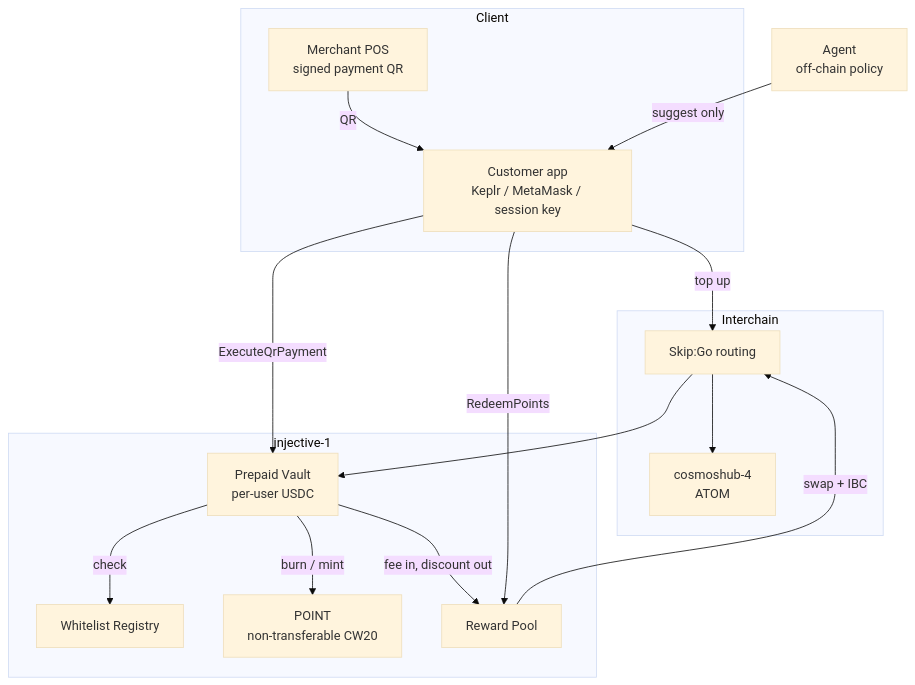
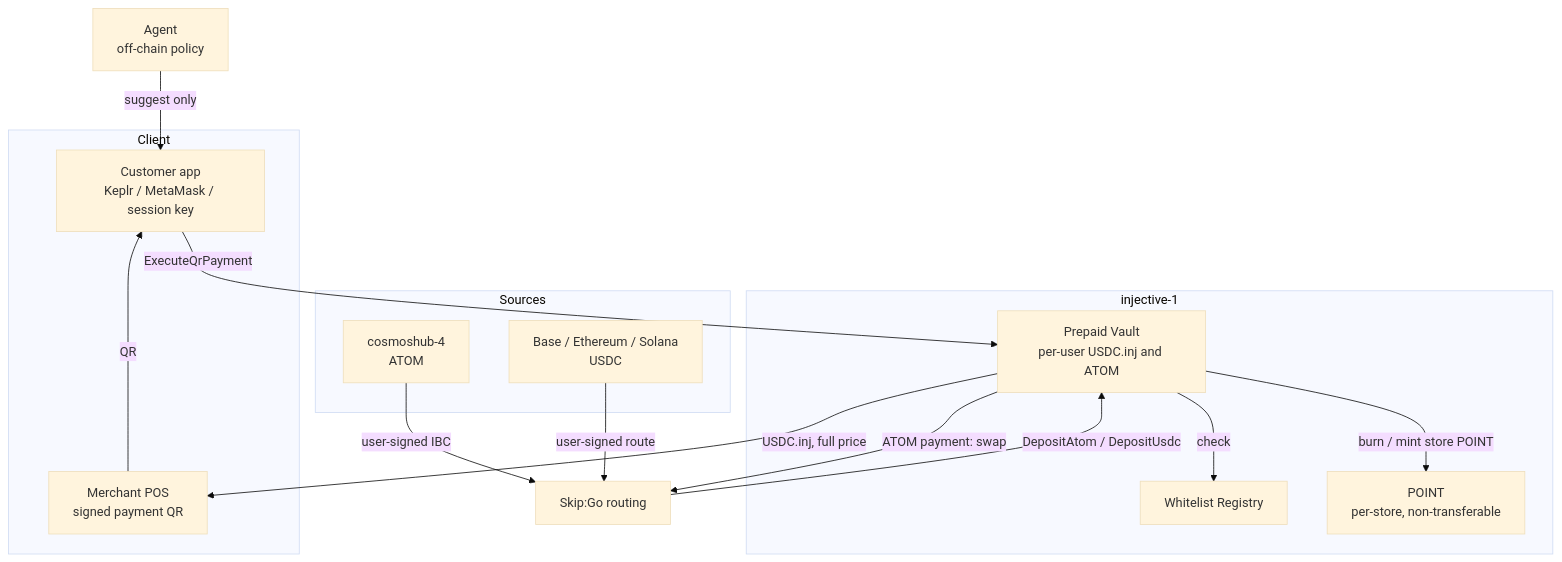
The diagram in README.md (heejekim12/agentic-qr-payment), drawn with Mermaid (base theme) before and after one commit. The commit also changed other lines of this file and 12 other files, not shown here.

Commit message:
pay with USDC.inj or ATOM via Skip:Go swap, store-only discount points with ATOM bonus, free tier for small merchants

````diff
--- a/README.md
+++ b/README.md
@@ -62,28 +65,29 @@
 ```mermaid
 flowchart TB
   subgraph Client
     APP[Customer app<br/>Keplr / MetaMask / session key]
     POS[Merchant POS<br/>signed payment QR]
   end
+  subgraph Sources
+    HUB[cosmoshub-4<br/>ATOM]
+    EVM[Base / Ethereum / Solana<br/>USDC]
+  end
   subgraph injective-1
-    VAULT[Prepaid Vault<br/>per-user USDC]
+    VAULT[Prepaid Vault<br/>per-user USDC.inj and ATOM]
     REG[Whitelist Registry]
-    PT[POINT<br/>non-transferable CW20]
-    POOL[Reward Pool]
+    PT[POINT<br/>per-store, non-transferable]
   end
-  subgraph Interchain
-    SKIP[Skip:Go routing]
-    HUB[cosmoshub-4<br/>ATOM]
-  end
+  SKIP[Skip:Go routing]
   AGENT[Agent<br/>off-chain policy]
 
-  APP -- top up --> SKIP --> VAULT
+  HUB -- user-signed IBC --> SKIP
+  EVM -- user-signed route --> SKIP
+  SKIP -- DepositAtom / DepositUsdc --> VAULT
   POS -- QR --> APP
   APP -- ExecuteQrPayment --> VAULT
   VAULT -- check --> REG
-  VAULT -- burn / mint --> PT
-  VAULT -- fee in, discount out --> POOL
-  APP -- RedeemPoints --> POOL
-  POOL -- swap + IBC --> SKIP --> HUB
+  VAULT -- burn / mint store POINT --> PT
+  VAULT -- ATOM payment: swap --> SKIP
+  VAULT -- USDC.inj, full price --> POS
   AGENT -- suggest only --> APP
 ```
````
